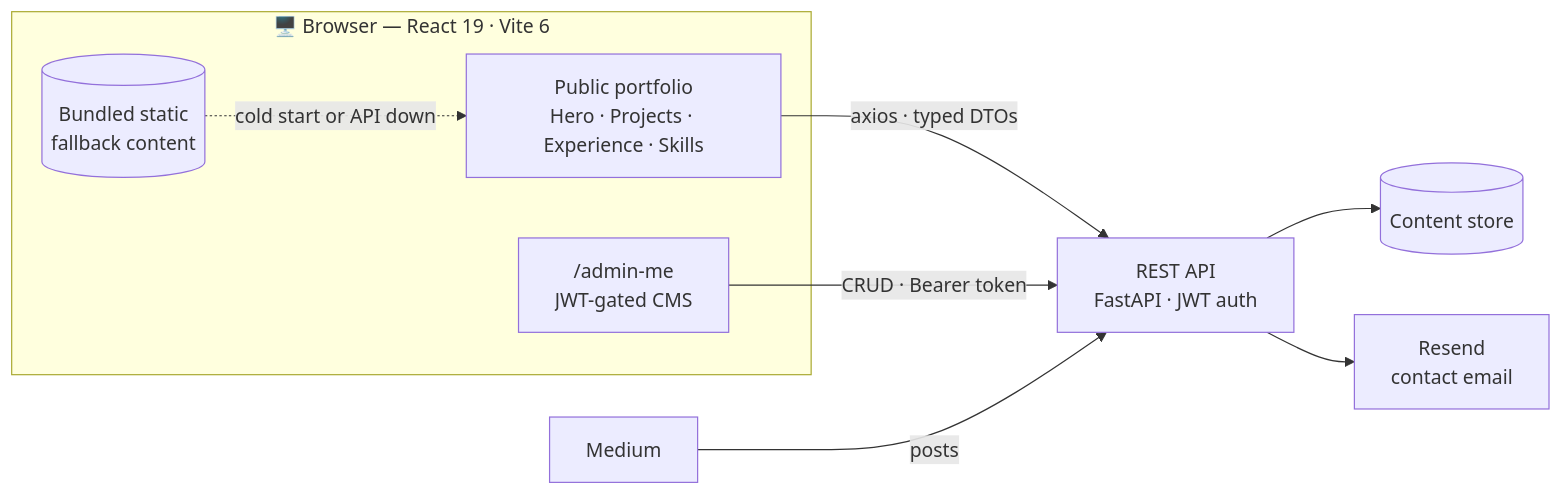
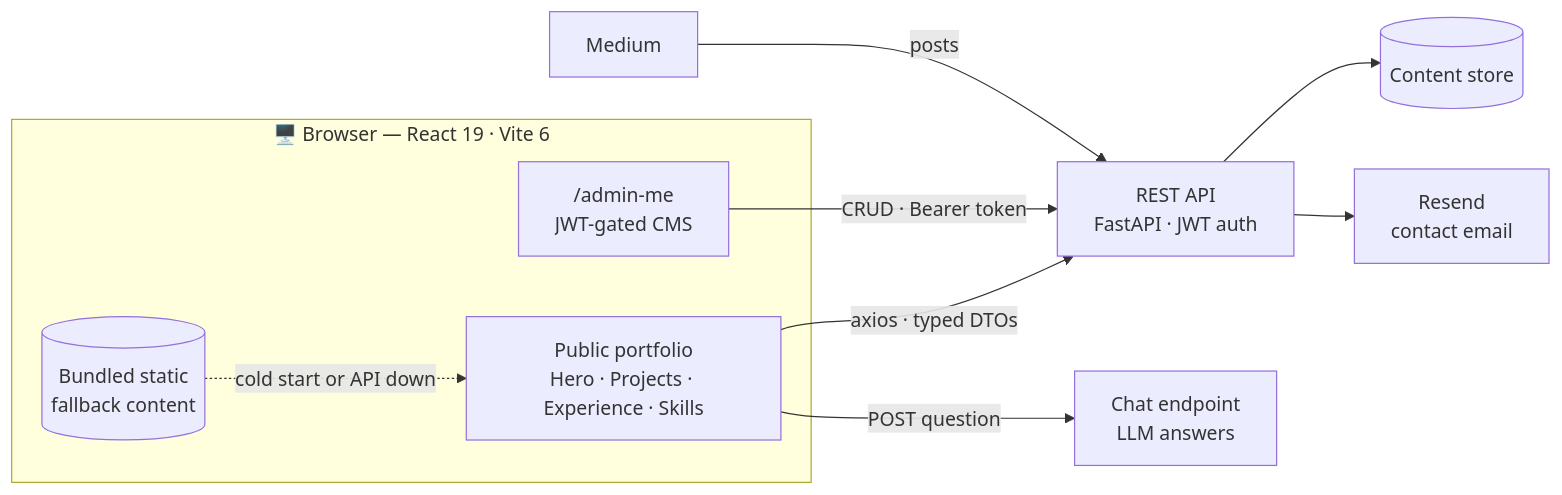
The diagram in README.md (alkairis/alkairis.github.io), drawn with Mermaid before and after one commit. The commit also changed other lines of this file, not shown here.

First line of the commit message:
Update the README for the LLM ghost and recent features

````diff
--- a/README.md
+++ b/README.md
@@ -47,20 +47,22 @@
 ```mermaid
 flowchart LR
     subgraph browser["🖥️ Browser — React 19 · Vite 6"]
         UI["Public portfolio<br/>Hero · Projects · Experience · Skills"]
         CMS["/admin-me<br/>JWT-gated CMS"]
         FALLBACK[("Bundled static<br/>fallback content")]
     end
 
     API["REST API<br/>FastAPI · JWT auth"]
+    LLM["Chat endpoint<br/>LLM answers"]
     STORE[("Content store")]
     RESEND["Resend<br/>contact email"]
     MEDIUM["Medium"]
 
     UI -->|"axios · typed DTOs"| API
+    UI -->|"POST question"| LLM
     CMS -->|"CRUD · Bearer token"| API
     API --> STORE
     API --> RESEND
     MEDIUM -->|"posts"| API
     FALLBACK -.->|"cold start or API down"| UI
 ```
````
